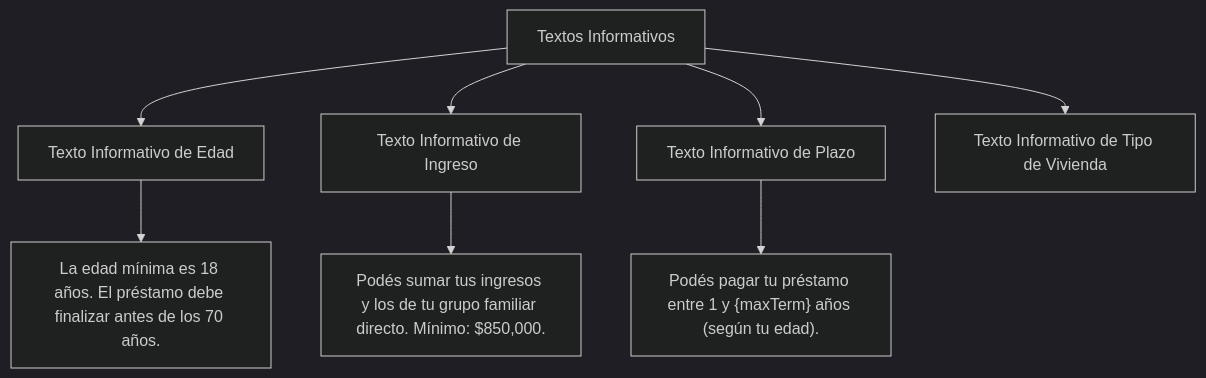
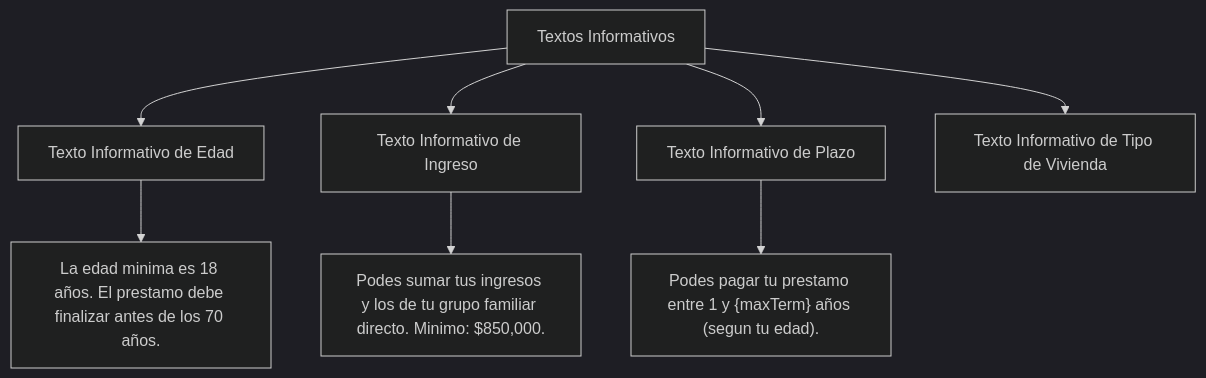
Before and after one commit to santiagoblanco22/calculator_dayana: diagram 14 of 15 in diagrams/validations.md, drawn with Mermaid (dark theme). The commit also changed other lines of this file and 3 other files, not shown here.

````diff
--- a/diagrams/validations.md
+++ b/diagrams/validations.md
@@ -318,11 +318,11 @@
 ```mermaid
 graph TD
     Tooltips[Textos Informativos] --> AgeTooltip[Texto Informativo de Edad]
     Tooltips --> IncomeTooltip[Texto Informativo de Ingreso]
     Tooltips --> LoanTermTooltip[Texto Informativo de Plazo]
     Tooltips --> HousingTypeTooltip[Texto Informativo de Tipo de Vivienda]
 
-    AgeTooltip --> AgeText["La edad mínima es 18 años. El préstamo debe finalizar antes de los 70 años."]
-    IncomeTooltip --> IncomeText["Podés sumar tus ingresos y los de tu grupo familiar directo. Mínimo: $850,000."]
-    LoanTermTooltip --> LoanTermText["Podés pagar tu préstamo entre 1 y {maxTerm} años (según tu edad)."]
+    AgeTooltip --> AgeText["La edad minima es 18 años. El prestamo debe finalizar antes de los 70 años."]
+    IncomeTooltip --> IncomeText["Podes sumar tus ingresos y los de tu grupo familiar directo. Minimo: $850,000."]
+    LoanTermTooltip --> LoanTermText["Podes pagar tu prestamo entre 1 y {maxTerm} años (segun tu edad)."]
 ```
````
